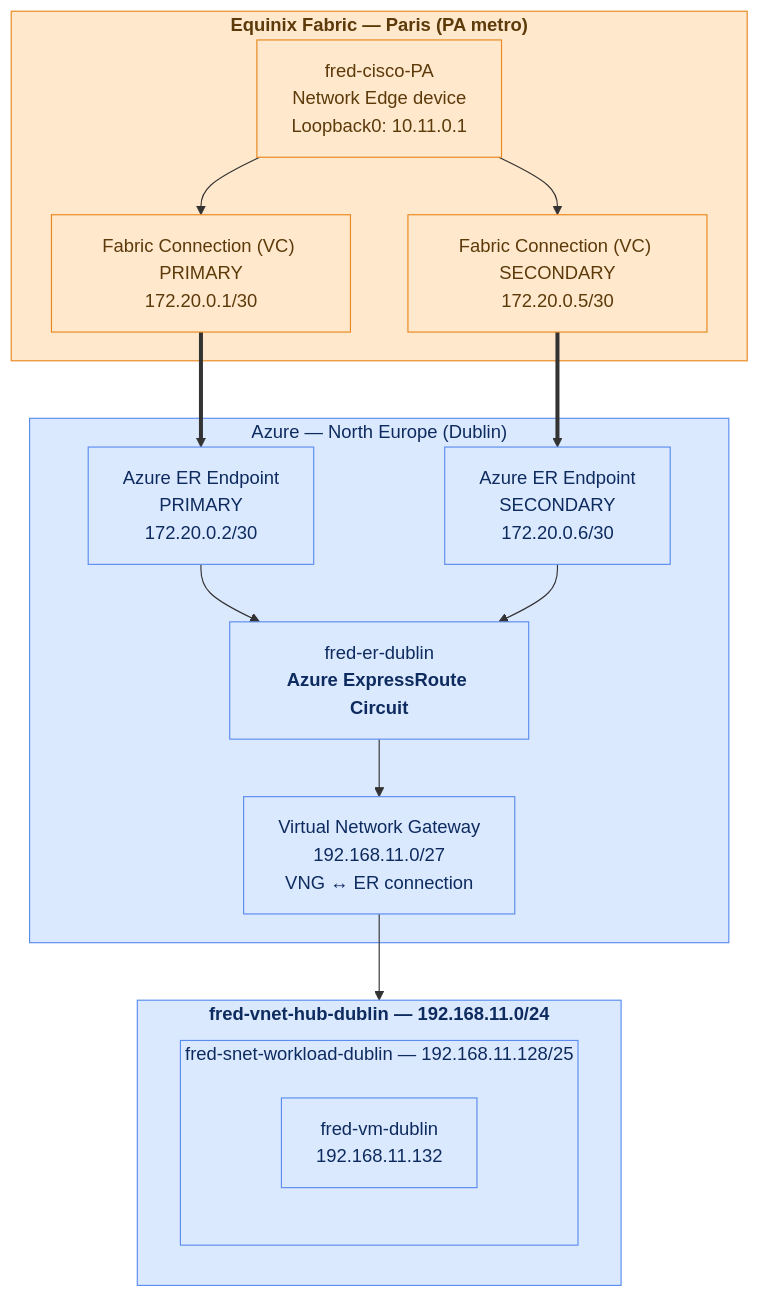
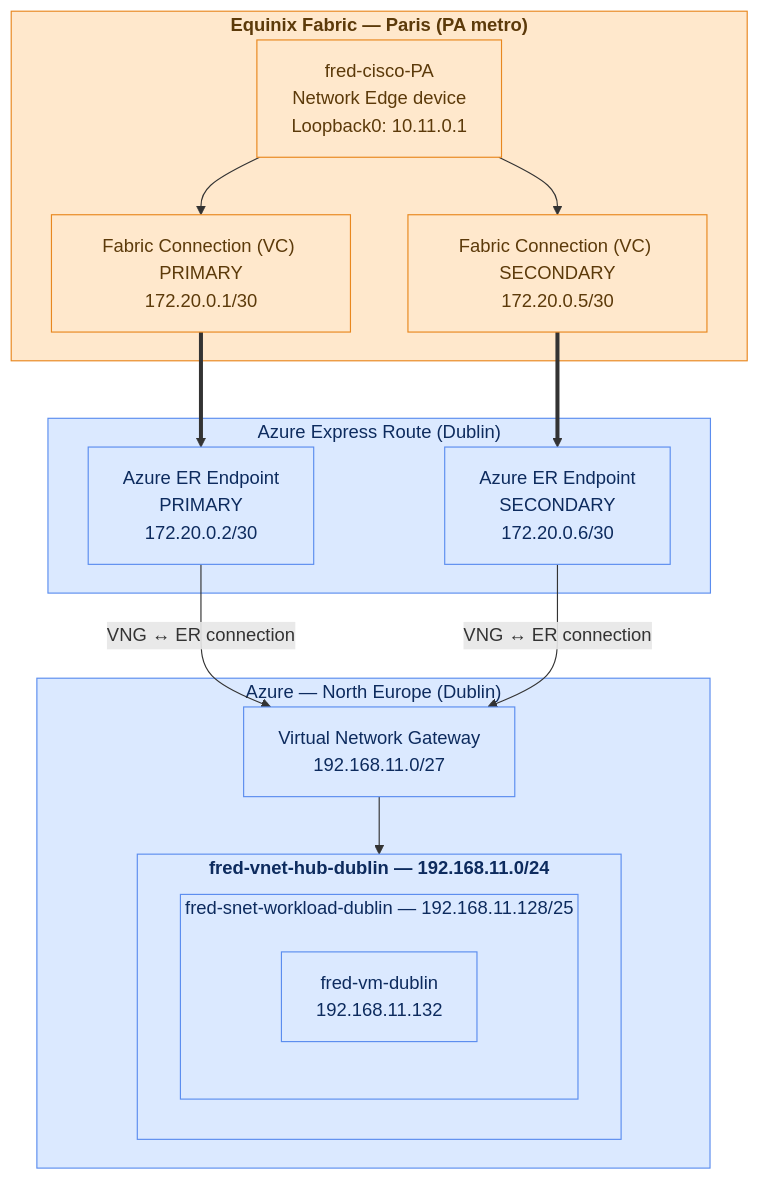
The diagram in README.md (festrade-equinix/eqx-azure-hub-minimal), drawn with Mermaid before and after one commit.

Commit message:
Section 2: drop ER Circuit square, split into two Azure regions, un-merge connection label
- Renamed the endpoint container to "Azure Express Route (Dublin)" —
  holds only the two endpoint squares now.
- Removed the "fred-er-dublin / Azure ExpressRoute Circuit" square
  entirely; both endpoints now connect straight to VNG.
- New "Azure — North Europe (Dublin)" square (reusing the old region
  name) wraps VNG and the existing VNet subgraph together.
- "VNG <-> ER connection" is an edge label again (on both endpoint->VNG
  arrows), not text inside the VNG node.

````diff
--- a/README.md
+++ b/README.md
@@ -60,36 +60,38 @@
 ```mermaid
 flowchart TB
     subgraph EQX["<b>Equinix Fabric — Paris (PA metro)</b>"]
         Device["fred-cisco-PA\nNetwork Edge device\nLoopback0: 10.11.0.1"]
         Primary["Fabric Connection (VC) PRIMARY\n172.20.0.1/30"]
         Secondary["Fabric Connection (VC) SECONDARY\n172.20.0.5/30"]
         Device --> Primary
         Device --> Secondary
     end
 
-    subgraph AZC["Azure — North Europe (Dublin)"]
+    subgraph ERC["Azure Express Route (Dublin)"]
         EPPrimary["Azure ER Endpoint\nPRIMARY\n172.20.0.2/30"]
         EPSecondary["Azure ER Endpoint\nSECONDARY\n172.20.0.6/30"]
-        ERCircuit["fred-er-dublin\n<b>Azure ExpressRoute Circuit</b>"]
-        VNGHub["Virtual Network Gateway\n192.168.11.0/27\nVNG ↔ ER connection"]
-        EPPrimary --> ERCircuit
-        EPSecondary --> ERCircuit
-        ERCircuit --> VNGHub
     end
 
-    subgraph VNet["<b>fred-vnet-hub-dublin — 192.168.11.0/24</b>"]
-        subgraph Workload["fred-snet-workload-dublin — 192.168.11.128/25"]
-            VM["fred-vm-dublin\n192.168.11.132"]
+    subgraph AZR["Azure — North Europe (Dublin)"]
+        VNG["Virtual Network Gateway\n192.168.11.0/27"]
+
+        subgraph VNet["<b>fred-vnet-hub-dublin — 192.168.11.0/24</b>"]
+            subgraph Workload["fred-snet-workload-dublin — 192.168.11.128/25"]
+                VM["fred-vm-dublin\n192.168.11.132"]
+            end
         end
+
+        VNG --> VNet
     end
 
     Primary ==> EPPrimary
     Secondary ==> EPSecondary
-    VNGHub --> VNet
+    EPPrimary -->|VNG ↔ ER connection| VNG
+    EPSecondary -->|VNG ↔ ER connection| VNG
 
     classDef equinix fill:#ffe8cc,stroke:#e8871e,color:#5c3a0a
     classDef azure fill:#dbe9ff,stroke:#5b8def,color:#0d2b5e
 
     class EQX,Device,Primary,Secondary equinix
-    class AZC,EPPrimary,EPSecondary,ERCircuit,VNGHub,VNet,Workload,VM azure
+    class ERC,EPPrimary,EPSecondary,AZR,VNG,VNet,Workload,VM azure
 ```
````
